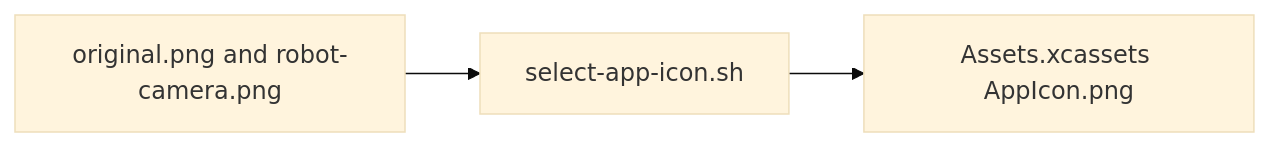
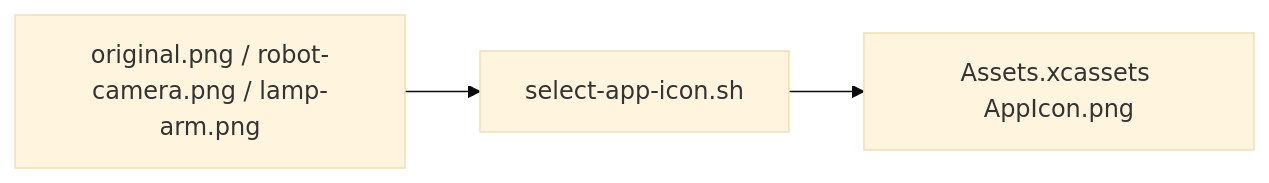
One commit to devilyouwei/MobileHarness changed the diagram in MobileHarness/Resources/AppIconVariants/README.md. Above: the diagram before and after it, drawn with Mermaid (base theme). The commit also changed other lines of this file and 456 other files, not shown here.

````diff
--- a/MobileHarness/Resources/AppIconVariants/README.md
+++ b/MobileHarness/Resources/AppIconVariants/README.md
@@ -15,5 +15,5 @@
 ```mermaid
 flowchart LR
- Artwork[original.png and robot-camera.png] --> Selector[select-app-icon.sh]
+ Artwork[original.png / robot-camera.png / lamp-arm.png] --> Selector[select-app-icon.sh]
  Selector --> Asset[Assets.xcassets AppIcon.png]
 ```
````
